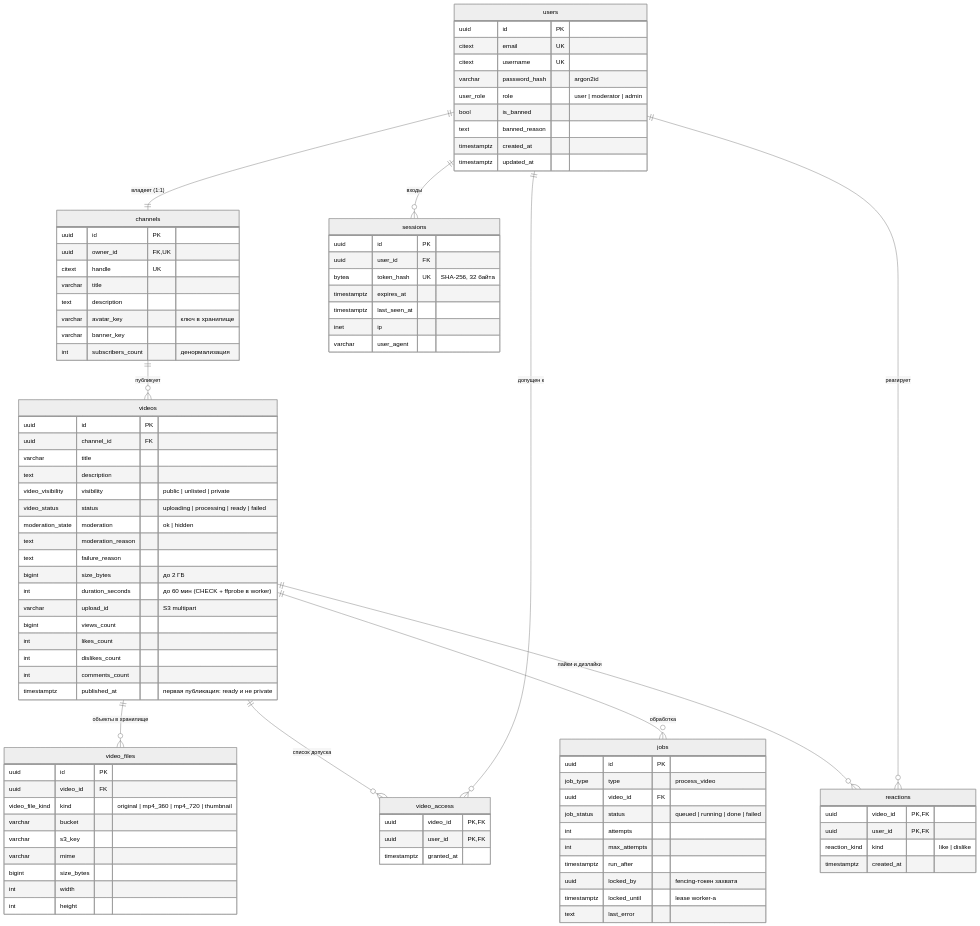
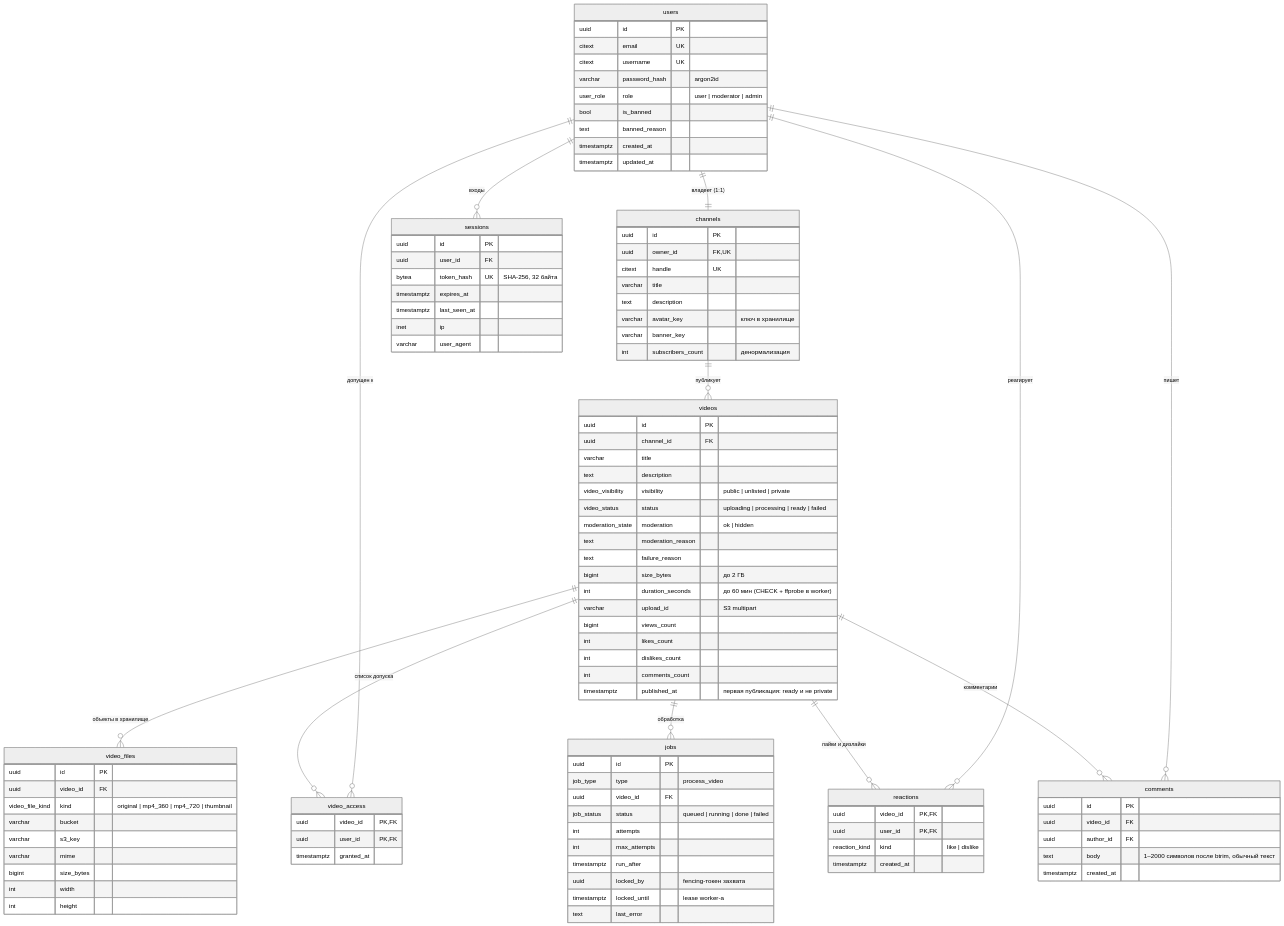
One commit to zvolinskiypvzozon/youtube-clone changed the diagram in docs/db.md. Above: the diagram before and after it, drawn with Mermaid (neutral theme). The commit also changed other lines of this file and 3 other files, not shown here.

First line of the commit message:
feat(db): comments table with body length check and keyset index

```diff
--- a/docs/db.md
+++ b/docs/db.md
@@ -29,6 +30,8 @@
     videos ||--o{ jobs : "обработка"
     videos ||--o{ reactions : "лайки и дизлайки"
     users ||--o{ reactions : "реагирует"
+    videos ||--o{ comments : "комментарии"
+    users ||--o{ comments : "пишет"
 
     users {
         uuid id PK
@@ -101,6 +104,13 @@
         reaction_kind kind "like | dislike"
         timestamptz created_at
     }
+    comments {
+        uuid id PK
+        uuid video_id FK
+        uuid author_id FK
+        text body "1–2000 символов после btrim, обычный текст"
+        timestamptz created_at
+    }
     jobs {
         uuid id PK
         job_type type "process_video"
```
